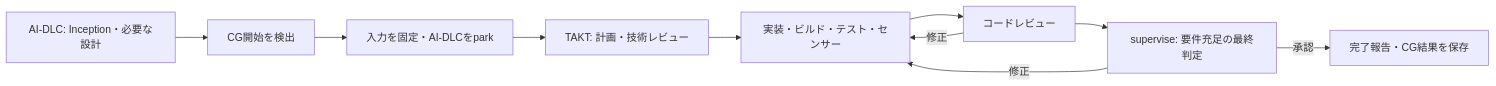
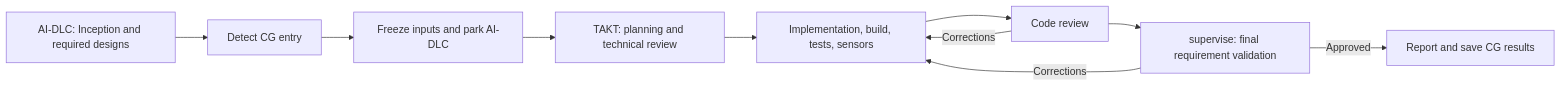
The diagram in docs/code-generation-stage.md (ideo-plus/takt-aidlc), drawn with Mermaid before and after one commit. The commit also changed other lines of this file and 250 other files, not shown here.

````diff
--- a/docs/code-generation-stage.md
+++ b/docs/code-generation-stage.md
@@ -7,12 +9,12 @@
 ```mermaid
 flowchart LR
-  A[AI-DLC: Inception・必要な設計] --> B[CG開始を検出]
-  B --> C[入力を固定・AI-DLCをpark]
-  C --> D[TAKT: 計画・技術レビュー]
-  D --> E[実装・ビルド・テスト・センサー]
-  E --> F[コードレビュー]
-  F -->|修正| E
-  F --> G[supervise: 要件充足の最終判定]
-  G -->|修正| E
-  G -->|承認| H[完了報告・CG結果を保存]
+  A[AI-DLC: Inception and required designs] --> B[Detect CG entry]
+  B --> C[Freeze inputs and park AI-DLC]
+  C --> D[TAKT: planning and technical review]
+  D --> E[Implementation, build, tests, sensors]
+  E --> F[Code review]
+  F -->|Corrections| E
+  F --> G[supervise: final requirement validation]
+  G -->|Corrections| E
+  G -->|Approved| H[Report and save CG results]
 ```
````
